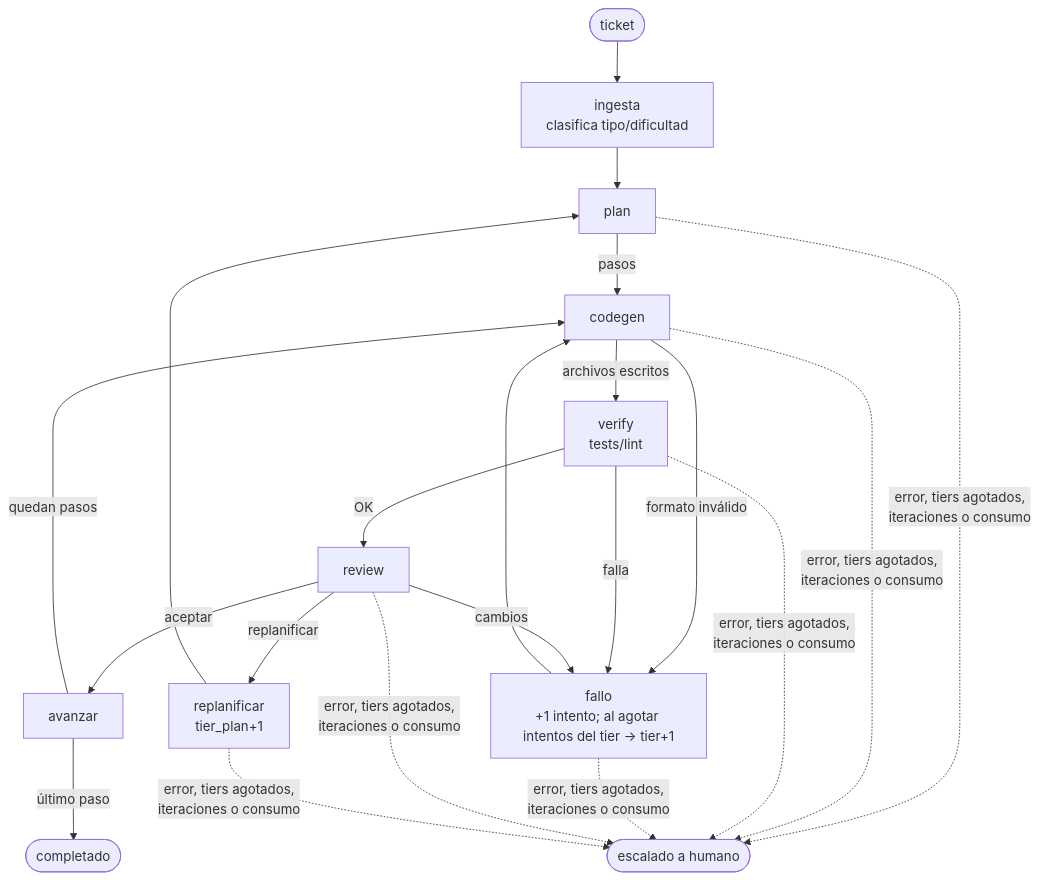
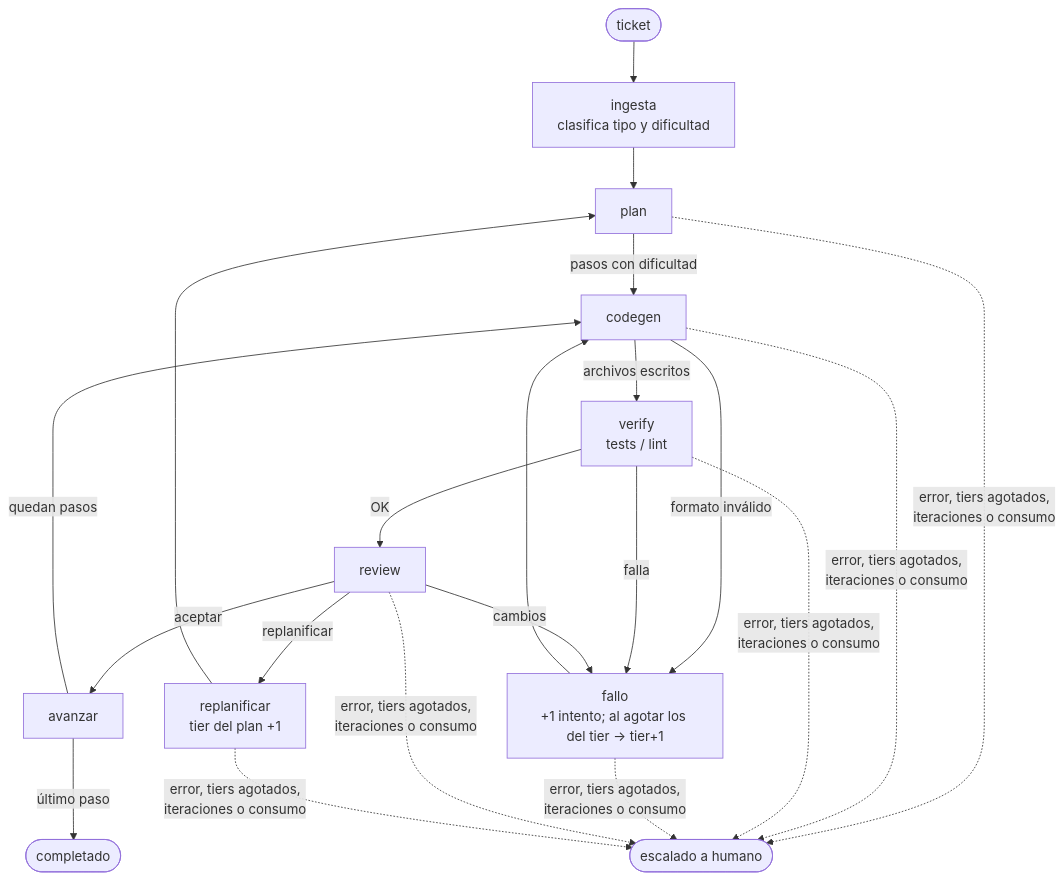
Before and after one commit to MoiMorua/graphai: the diagram in README.md, drawn with Mermaid. The commit also changed other lines of this file, not shown here.

Commit message:
README: instalación, uso del CLI, funcionamiento y configuración

````diff
--- a/README.md
+++ b/README.md
@@ -6,18 +63,18 @@
 ```mermaid
 flowchart TD
-    S([ticket]) --> ingesta[ingesta<br/>clasifica tipo/dificultad]
+    S([ticket]) --> ingesta[ingesta<br/>clasifica tipo y dificultad]
     ingesta --> plan
-    plan -->|pasos| codegen
-    codegen -->|archivos escritos| verify[verify<br/>tests/lint]
+    plan -->|pasos con dificultad| codegen
+    codegen -->|archivos escritos| verify[verify<br/>tests / lint]
     codegen -->|formato inválido| fallo
     verify -->|OK| review
-    verify -->|falla| fallo[fallo<br/>+1 intento; al agotar intentos del tier → tier+1]
+    verify -->|falla| fallo[fallo<br/>+1 intento; al agotar los del tier → tier+1]
     fallo --> codegen
     review -->|aceptar| avanzar
     review -->|cambios| fallo
-    review -->|replanificar| replanificar[replanificar<br/>tier_plan+1]
+    review -->|replanificar| replanificar[replanificar<br/>tier del plan +1]
     replanificar --> plan
     avanzar -->|quedan pasos| codegen
     avanzar -->|último paso| fin([completado])
     plan & codegen & verify & fallo & review & replanificar -.->|error, tiers agotados,<br/>iteraciones o consumo| humano([escalado a humano])
 ```
````
